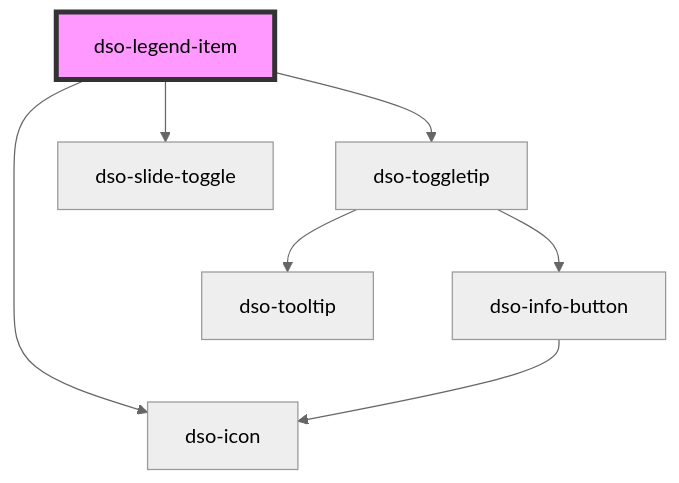
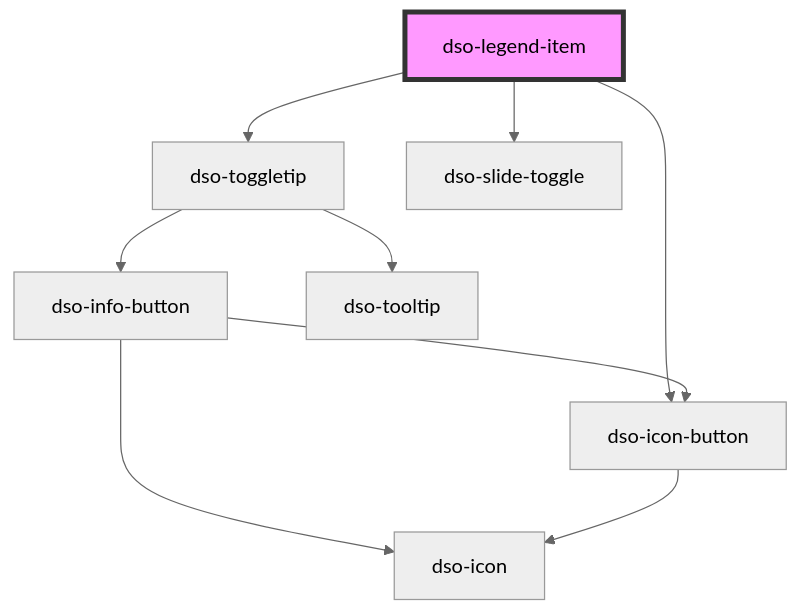
One commit to dso-toolkit/dso-toolkit changed the diagram in packages/core/src/components/legend-item/readme.md. Above: the diagram before and after it, drawn with Mermaid (neutral theme). The commit also changed other lines of this file and 97 other files, not shown here.

Commit message:
#2315 [Added] Icon Button: Nieuw component

````diff
--- a/packages/core/src/components/legend-item/readme.md
+++ b/packages/core/src/components/legend-item/readme.md
@@ -44,10 +44,12 @@
 ```mermaid
 graph TD;
   dso-legend-item --> dso-toggletip
-  dso-legend-item --> dso-icon
+  dso-legend-item --> dso-icon-button
   dso-legend-item --> dso-slide-toggle
   dso-toggletip --> dso-info-button
   dso-toggletip --> dso-tooltip
+  dso-info-button --> dso-icon-button
   dso-info-button --> dso-icon
+  dso-icon-button --> dso-icon
   style dso-legend-item fill:#f9f,stroke:#333,stroke-width:4px
 ```
````
